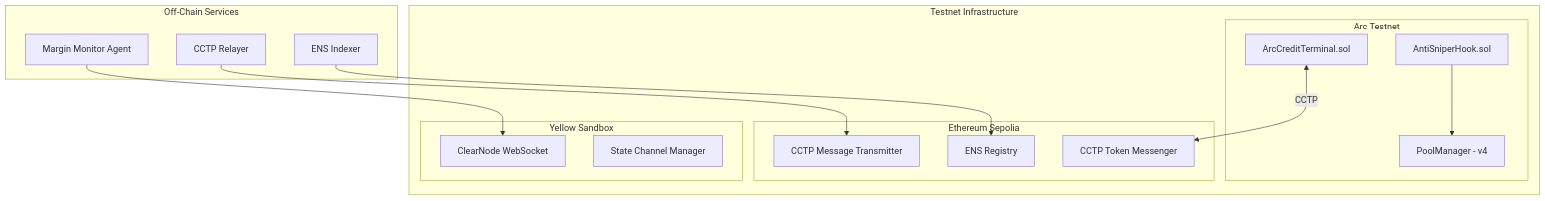
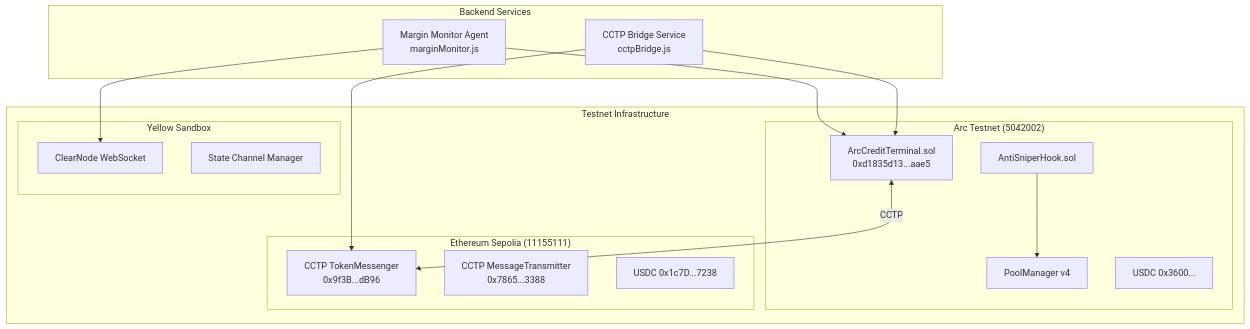
One commit to N-45div/HackMoney2026 changed the sixth of 11 diagrams in ARCHITECTURE.md. Above: the diagram before and after it, drawn with Mermaid. The commit also changed other lines of this file and 4 other files, not shown here.

First line of the commit message:
docs: Update README and ARCHITECTURE with Mermaid diagrams, remove ENS

````diff
--- a/ARCHITECTURE.md
+++ b/ARCHITECTURE.md
@@ -162,33 +178,34 @@
 ```mermaid
 graph TB
     subgraph "Testnet Infrastructure"
-        subgraph "Arc Testnet"
-            A1[ArcCreditTerminal.sol]
+        subgraph "Arc Testnet (5042002)"
+            A1[ArcCreditTerminal.sol<br/>0xd1835d13...aae5]
             A2[AntiSniperHook.sol]
-            A3[PoolManager - v4]
+            A3[PoolManager v4]
+            A4[USDC 0x3600...]
         end
 
-        subgraph "Ethereum Sepolia"
-            S1[CCTP Token Messenger]
-            S2[CCTP Message Transmitter]
-            S3[ENS Registry]
+        subgraph "Ethereum Sepolia (11155111)"
+            S1[CCTP TokenMessenger<br/>0x9f3B...dB96]
+            S2[CCTP MessageTransmitter<br/>0x7865...3388]
+            S3[USDC 0x1c7D...7238]
         end
 
         subgraph "Yellow Sandbox"
             Y1[ClearNode WebSocket]
             Y2[State Channel Manager]
         end
     end
 
-    subgraph "Off-Chain Services"
-        B1[Margin Monitor Agent]
-        B2[CCTP Relayer]
-        B3[ENS Indexer]
+    subgraph "Backend Services"
+        B1[Margin Monitor Agent<br/>marginMonitor.js]
+        B2[CCTP Bridge Service<br/>cctpBridge.js]
     end
 
     A1 <-->|CCTP| S1
     A2 --> A3
     B1 --> Y1
-    B2 --> S2
-    B3 --> S3
+    B1 --> A1
+    B2 --> S1
+    B2 --> A1
 ```
````
